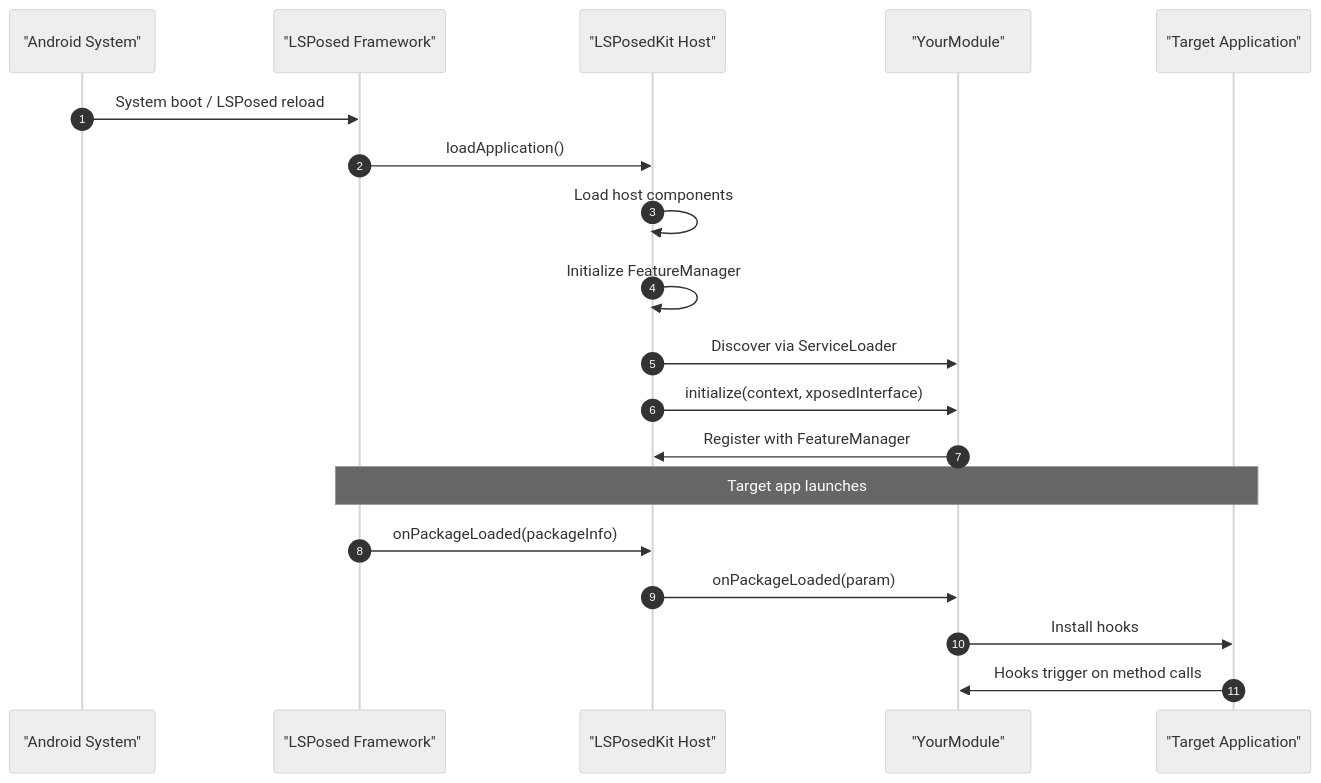
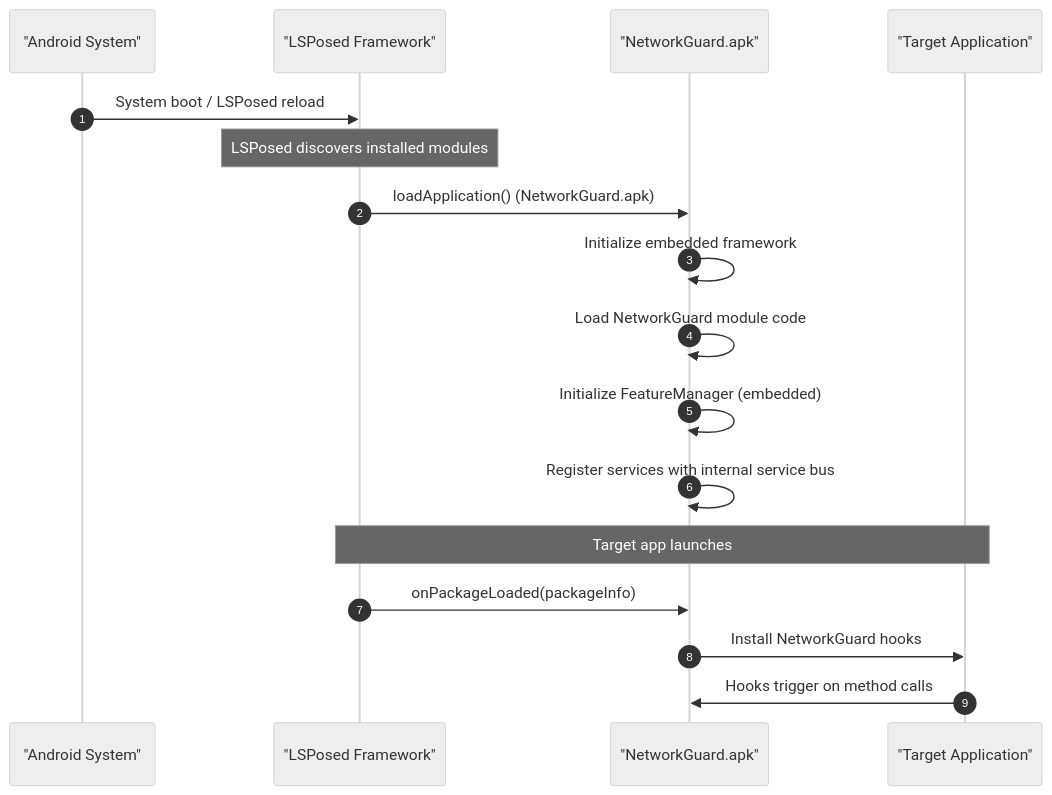
The first of 4 diagrams in Docs/00-blueprint.md (wyatt727/LSPosedKit), drawn with Mermaid (neutral theme) before and after one commit. The commit also changed other lines of this file and 15043 other files, not shown here.

Commit message:
Fully buildable new modules! Use this syntax: ./gradlew :scripts:newModule -PmoduleName="MyModule" -Pid="my-module" -Pdescription="My awesome module"

````diff
--- a/Docs/00-blueprint.md
+++ b/Docs/00-blueprint.md
@@ -29,23 +55,21 @@
 ```mermaid
 sequenceDiagram
     autonumber
     participant System as "Android System"
     participant LSPosed as "LSPosed Framework"
-    participant LSPK as "LSPosedKit Host"
-    participant Module as "YourModule"
+    participant Module as "NetworkGuard.apk"
     participant Target as "Target Application"
     
     System->>LSPosed: System boot / LSPosed reload
-    LSPosed->>LSPK: loadApplication()
-    LSPK->>LSPK: Load host components
-    LSPK->>LSPK: Initialize FeatureManager
-    LSPK->>Module: Discover via ServiceLoader
-    LSPK->>Module: initialize(context, xposedInterface)
-    Module->>LSPK: Register with FeatureManager
+    Note over LSPosed: LSPosed discovers installed modules
+    LSPosed->>Module: loadApplication() (NetworkGuard.apk)
+    Module->>Module: Initialize embedded framework
+    Module->>Module: Load NetworkGuard module code
+    Module->>Module: Initialize FeatureManager (embedded)
+    Module->>Module: Register services with internal service bus
     
     Note over LSPosed, Target: Target app launches
-    LSPosed->>LSPK: onPackageLoaded(packageInfo)
-    LSPK->>Module: onPackageLoaded(param)
-    Module->>Target: Install hooks
+    LSPosed->>Module: onPackageLoaded(packageInfo)
+    Module->>Target: Install NetworkGuard hooks
     Target->>Module: Hooks trigger on method calls
 ```
````
